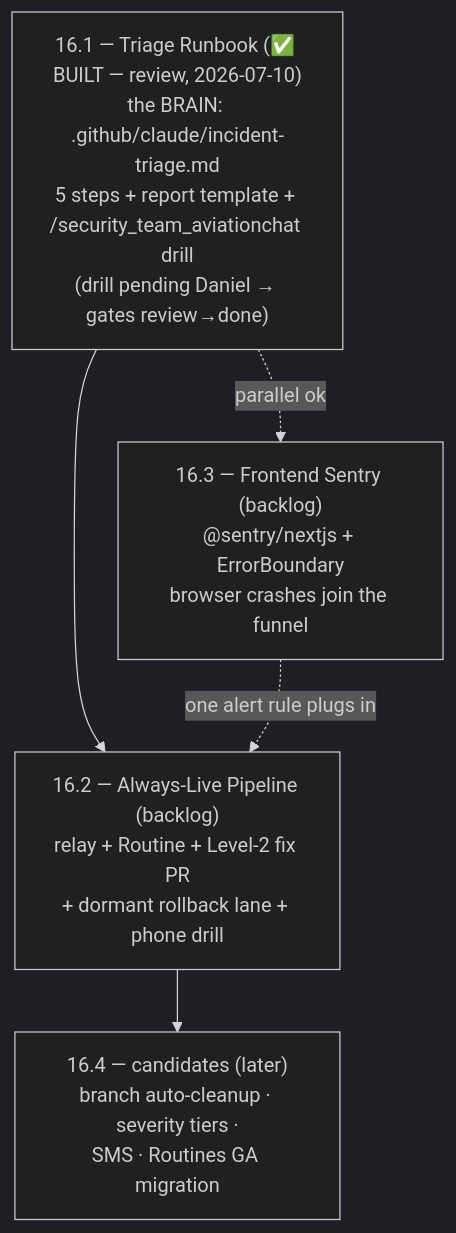
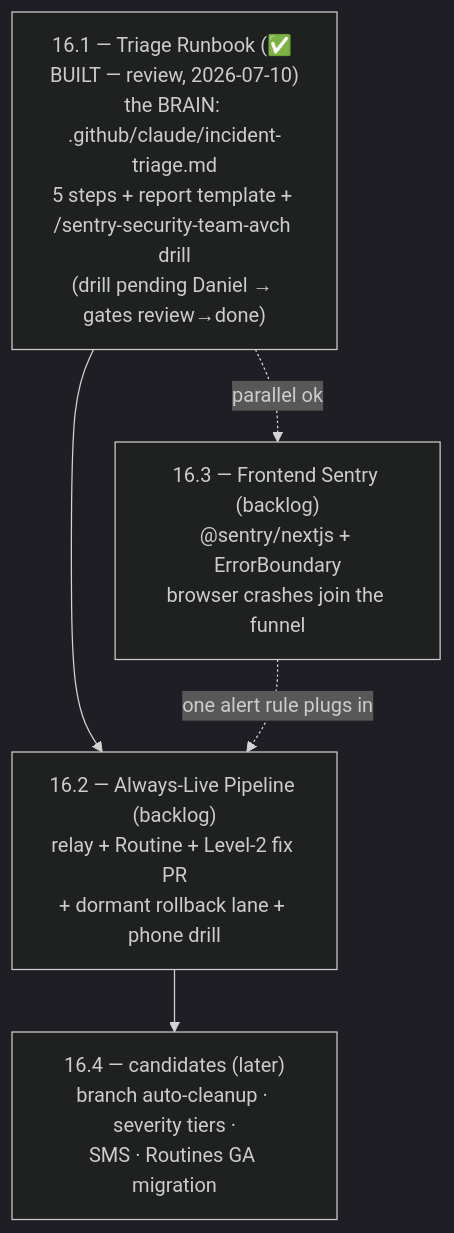
The fourth of 4 diagrams in _my_resources/diagrams_guides/security/sentry_error_response_team.md (sudomadhatter/Sudo_Hatter_Command), drawn with Mermaid (dark theme) before and after one commit. The commit also changed other lines of this file and 402 other files, not shown here.

````diff
--- a/_my_resources/diagrams_guides/security/sentry_error_response_team.md
+++ b/_my_resources/diagrams_guides/security/sentry_error_response_team.md
@@ -148,11 +148,11 @@
 ```mermaid
 flowchart TD
-    S1["16.1 — Triage Runbook (✅ BUILT — review, 2026-07-10)<br/>the BRAIN: .github/claude/incident-triage.md<br/>5 steps + report template + /security_team_aviationchat drill<br/>(drill pending Daniel → gates review→done)"]
+    S1["16.1 — Triage Runbook (✅ BUILT — review, 2026-07-10)<br/>the BRAIN: .github/claude/incident-triage.md<br/>5 steps + report template + /sentry-security-team-avch drill<br/>(drill pending Daniel → gates review→done)"]
     S2["16.2 — Always-Live Pipeline (backlog)<br/>relay + Routine + Level-2 fix PR<br/>+ dormant rollback lane + phone drill"]
     S3["16.3 — Frontend Sentry (backlog)<br/>@sentry/nextjs + ErrorBoundary<br/>browser crashes join the funnel"]
     S4["16.4 — candidates (later)<br/>branch auto-cleanup · severity tiers ·<br/>SMS · Routines GA migration"]
 
     S1 --> S2 --> S4
     S1 -.parallel ok.-> S3
     S3 -.one alert rule plugs in.-> S2
 ```
````
